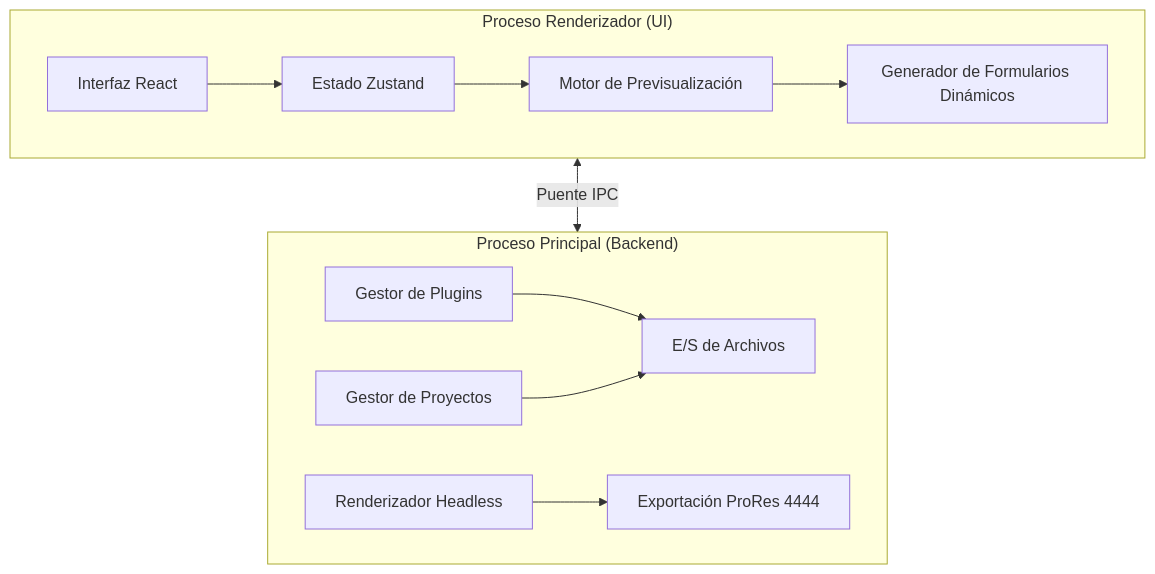
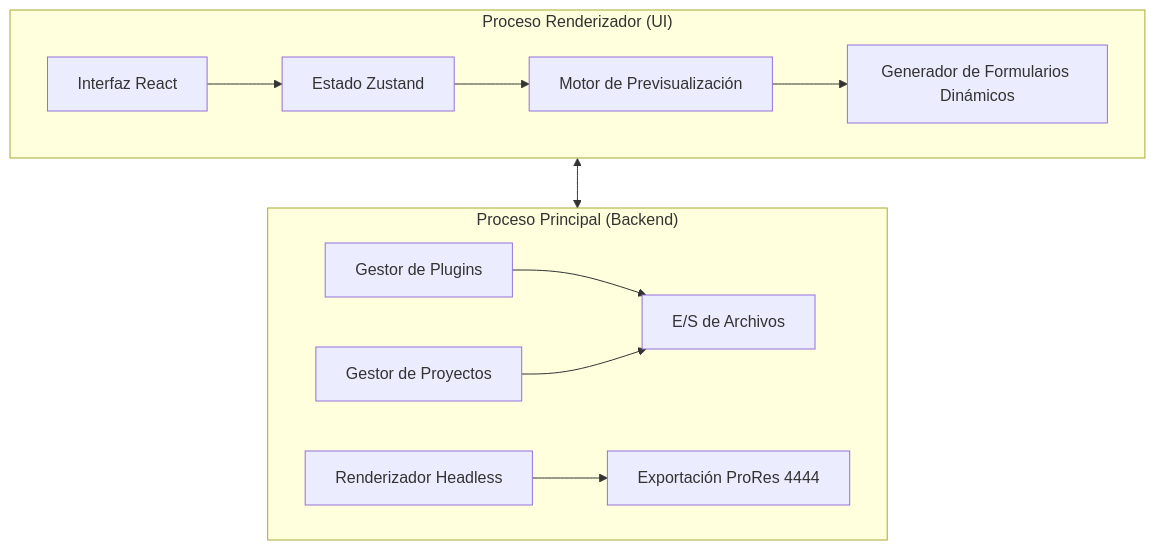
One commit to Mushi-Ayaka/DVGE-Docs changed the diagram in src/content/docs/engine/architecture.md. Above: the diagram before and after it, drawn with Mermaid. The commit also changed 3 other files, not shown here.

Commit message:
docs: Fix mermaid syntax, translate repository to ES, update bio, fix branding image paths

````diff
--- a/src/content/docs/engine/architecture.md
+++ b/src/content/docs/engine/architecture.md
@@ -14,16 +14,16 @@
 ```mermaid
 graph TD
     subgraph RendererProcess ["Proceso Renderizador (UI)"]
         A[Interfaz React] --> B[Estado Zustand]
         B --> C[Motor de Previsualización]
         C --> D[Generador de Formularios Dinámicos]
     end
 
     subgraph MainProcess ["Proceso Principal (Backend)"]
         E[Gestor de Plugins] --> F[E/S de Archivos]
         G[Gestor de Proyectos] --> F
         H[Renderizador Headless] --> I[Exportación ProRes 4444]
     end
 
-    RendererProcess <--> |Puente IPC| MainProcess
+    RendererProcess <--> MainProcess
 ```
````
